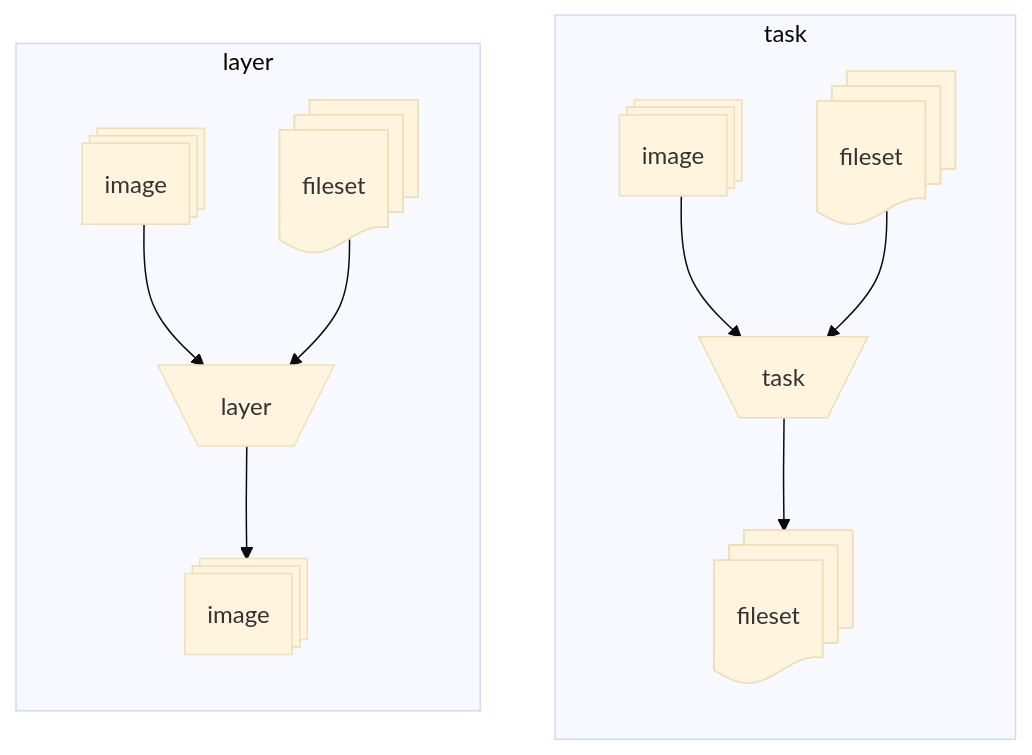
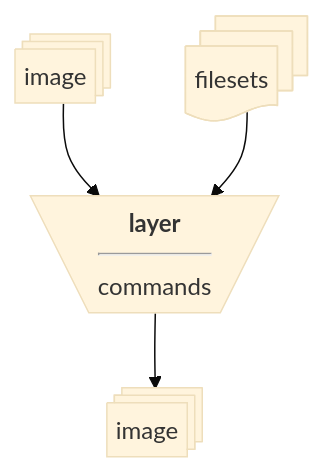
One commit to vamos-build/vamos changed the third of 7 diagrams in docs/user/tutorial.md. Above: the diagram before and after it, drawn with Mermaid (base theme). The commit also changed other lines of this file and 1 other file, not shown here.

First line of the commit message:
Show the tutorial's artifact model as an input, build, output grid

````diff
--- a/docs/user/tutorial.md
+++ b/docs/user/tutorial.md
@@ -38,28 +100,15 @@
 ```mermaid
-flowchart LR
-    subgraph left["layer"]
-        direction TB
-        layer-input-image@{shape: procs, label: "image"}
-        layer-input-fileset@{shape: docs, label: "fileset"}
-        layer-target@{shape: trap-t, label: "layer"}
-        layer-output-image@{shape: procs, label: "image"}
-
-        layer-input-image --> layer-target
-        layer-input-fileset --> layer-target
-        layer-target --> layer-output-image
-    end
-
-    subgraph right["task"]
-        direction TD
-        task-input-image@{shape: procs, label: "image"}
-        task-input-fileset@{shape: docs, label: "fileset"}
-        task-target@{shape: trap-t, label: "task"}
-        task-output-fileset@{shape: docs, label: "fileset"}
-
-        task-input-image --> task-target
-        task-input-fileset --> task-target
-        task-target --> task-output-fileset
-    end
-
-    left ~~~ right
+---
+config:
+  flowchart:
+    useMaxWidth: false
+    minNodeWidth: 80
+    padding: 6
+---
+flowchart TB
+    image@{shape: procs, label: "image"}
+    filesets@{shape: docs, label: "filesets"}
+    op@{shape: trap-t, label: "<b>layer</b><hr/>commands"}
+    out@{shape: procs, label: "image"}
+    image & filesets --> op --> out
 ```
````
